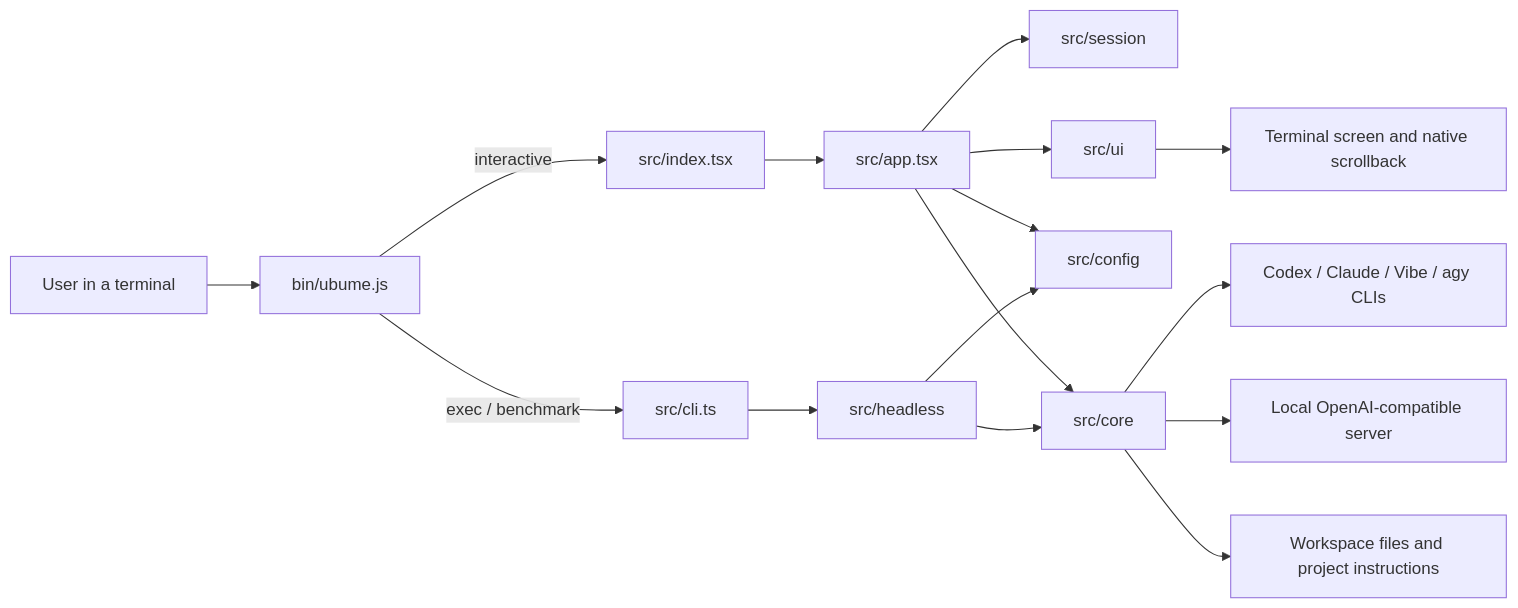
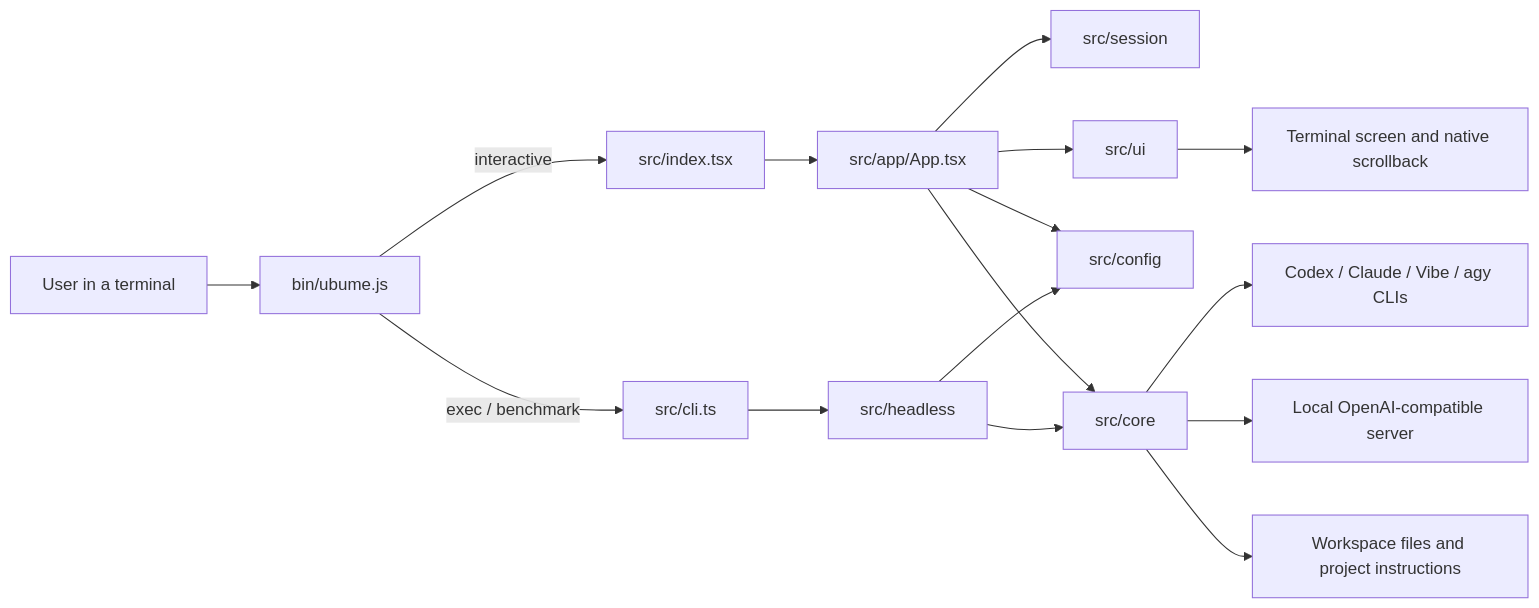
Before and after one commit to golba98/Codexa: the second of 9 diagrams in docs/ARCHITECTURE.md, drawn with Mermaid. The commit also changed other lines of this file and 41 other files, not shown here.

````diff
--- a/docs/ARCHITECTURE.md
+++ b/docs/ARCHITECTURE.md
@@ -56,21 +56,21 @@
 ```mermaid
 flowchart LR
   User[User in a terminal] --> Launcher[bin/ubume.js]
   Launcher -->|interactive| Entry[src/index.tsx]
   Launcher -->|exec / benchmark| Exec[src/cli.ts]
 
-  Entry --> App[src/app.tsx]
+  Entry --> App[src/app/App.tsx]
   App --> Session[src/session]
   App --> UI[src/ui]
   App --> Config[src/config]
   App --> Core[src/core]
 
   Exec --> Headless[src/headless]
   Headless --> Config
   Headless --> Core
 
   Core --> ProviderCLIs[Codex / Claude / Vibe / agy CLIs]
   Core --> LocalServer[Local OpenAI-compatible server]
   Core --> Workspace[Workspace files and project instructions]
   UI --> Terminal[Terminal screen and native scrollback]
 ```
````
